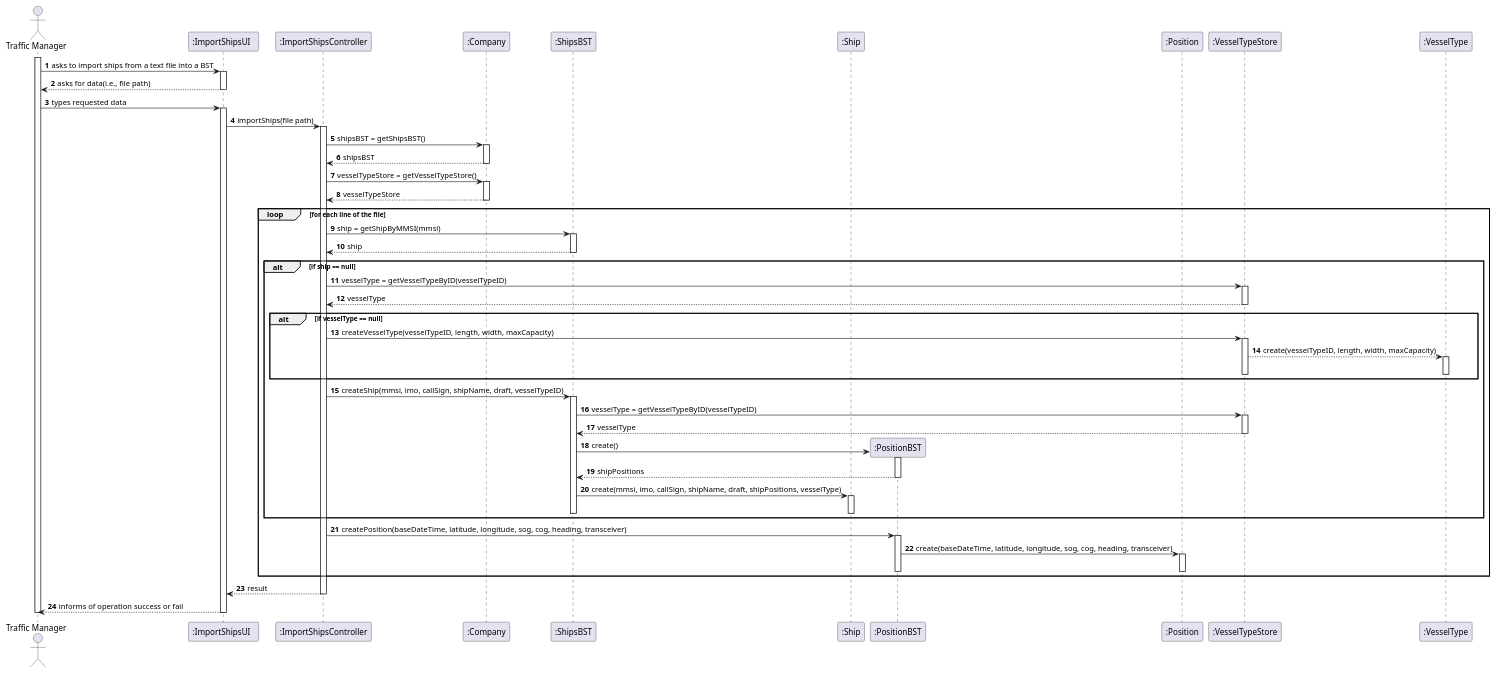
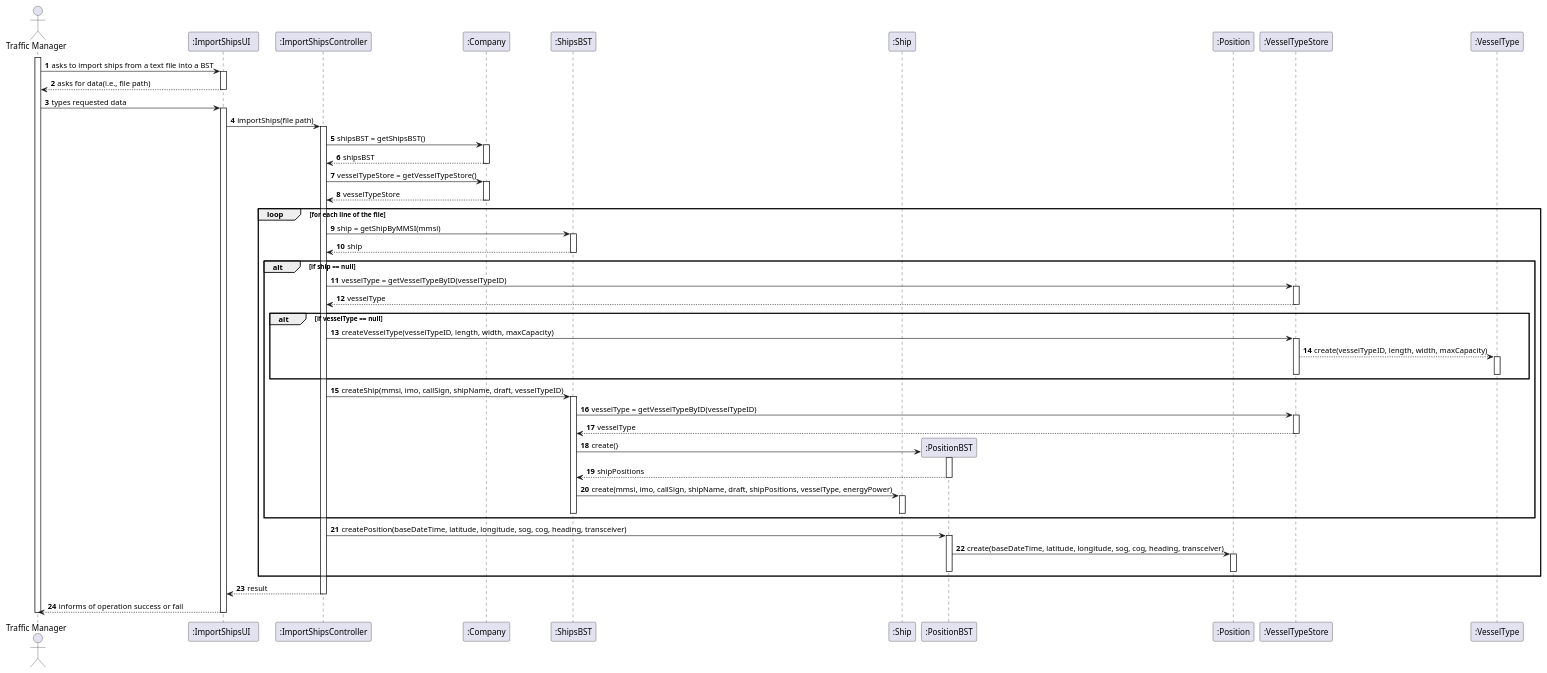
One commit to ana-albergaria/LAPR3-ISEP changed the diagram in docs/US101/US_101_SD.puml. Above: the diagram before and after it, drawn with PlantUML. The commit also changed 1 other file, not shown here.

```diff
--- a/docs/US101/US_101_SD.puml
+++ b/docs/US101/US_101_SD.puml
@@ -1,81 +1,81 @@
 @startuml
 autonumber
 'hide footbox
 actor "Traffic Manager" as TM
 participant ":ImportShipsUI  " as UI
 participant ":ImportShipsController" as CTRL
 participant ":Company" as CMP
 participant ":ShipsBST" as SBST
 participant ":Ship" as SHIP
 participant ":PositionBST" as PBST
 participant ":Position" as POS
 participant ":VesselTypeStore" as VTSTR
 participant ":VesselType" as VT
 
 'FALTAM AS VALIDAÇÕES
 
 activate TM
 TM -> UI : asks to import ships from a text file into a BST
 activate UI
 UI --> TM : asks for data(i.e., file path)
 deactivate UI
 
 TM -> UI : types requested data
 activate UI
 UI -> CTRL : importShips(file path)
 activate CTRL
 CTRL -> CMP : shipsBST = getShipsBST()
 activate CMP
 CMP --> CTRL : shipsBST
 deactivate CMP
 CTRL -> CMP : vesselTypeStore = getVesselTypeStore()
 activate CMP
 CMP --> CTRL : vesselTypeStore
 deactivate CMP
 loop for each line of the file
 CTRL -> SBST : ship = getShipByMMSI(mmsi)
 activate SBST
 SBST --> CTRL : ship
 deactivate SBST
 alt if ship == null
 CTRL -> VTSTR : vesselType = getVesselTypeByID(vesselTypeID)
 activate VTSTR
 VTSTR --> CTRL : vesselType
 deactivate VTSTR
 alt if vesselType == null
 CTRL -> VTSTR : createVesselType(vesselTypeID, length, width, maxCapacity)
 activate VTSTR
 VTSTR --> VT : create(vesselTypeID, length, width, maxCapacity)
 activate VT
 deactivate VT
 deactivate VTSTR
 end
 CTRL -> SBST : createShip(mmsi, imo, callSign, shipName, draft, vesselTypeID)
 activate SBST
 SBST -> VTSTR : vesselType = getVesselTypeByID(vesselTypeID)
 activate VTSTR
 VTSTR --> SBST : vesselType
 deactivate VTSTR
 SBST -> PBST** : create()
 activate PBST
 PBST --> SBST : shipPositions
 deactivate PBST
-SBST -> SHIP : create(mmsi, imo, callSign, shipName, draft, shipPositions, vesselType)
+SBST -> SHIP : create(mmsi, imo, callSign, shipName, draft, shipPositions, vesselType, energyPower)
 activate SHIP
 deactivate SHIP
 deactivate SBST
 end
 CTRL -> PBST : createPosition(baseDateTime, latitude, longitude, sog, cog, heading, transceiver)
 activate PBST
 PBST -> POS : create(baseDateTime, latitude, longitude, sog, cog, heading, transceiver)
 activate POS
 deactivate POS
 deactivate PBST
 end
 CTRL --> UI : result
 deactivate CTRL
 UI --> TM : informs of operation success or fail
 deactivate UI
 deactivate TM
 
 @enduml
```
